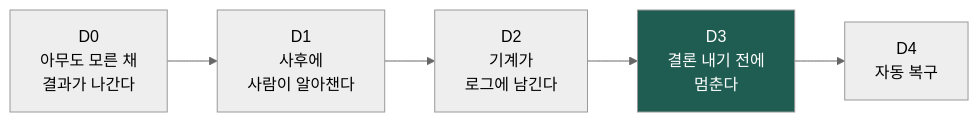
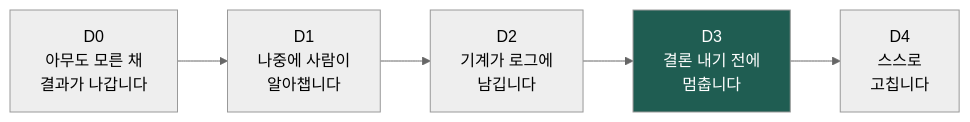
The seventh of 8 diagrams in README.md (Roykoo83/ur-harness), drawn with Mermaid (neutral theme) before and after one commit. The commit also changed other lines of this file, not shown here.

````diff
--- a/README.md
+++ b/README.md
@@ -243,8 +444,8 @@
 ```mermaid
 graph LR
-    D0["D0<br/>아무도 모른 채<br/>결과가 나간다"] --> D1["D1<br/>사후에<br/>사람이 알아챈다"]
-    D1 --> D2["D2<br/>기계가<br/>로그에 남긴다"]
-    D2 --> D3["D3<br/>결론 내기 전에<br/>멈춘다"]
-    D3 --> D4["D4<br/>자동 복구"]
+    D0["D0<br/>아무도 모른 채<br/>결과가 나갑니다"] --> D1["D1<br/>나중에 사람이<br/>알아챕니다"]
+    D1 --> D2["D2<br/>기계가 로그에<br/>남깁니다"]
+    D2 --> D3["D3<br/>결론 내기 전에<br/>멈춥니다"]
+    D3 --> D4["D4<br/>스스로<br/>고칩니다"]
     style D3 fill:#1F5D52,color:#fff
 ```
````
